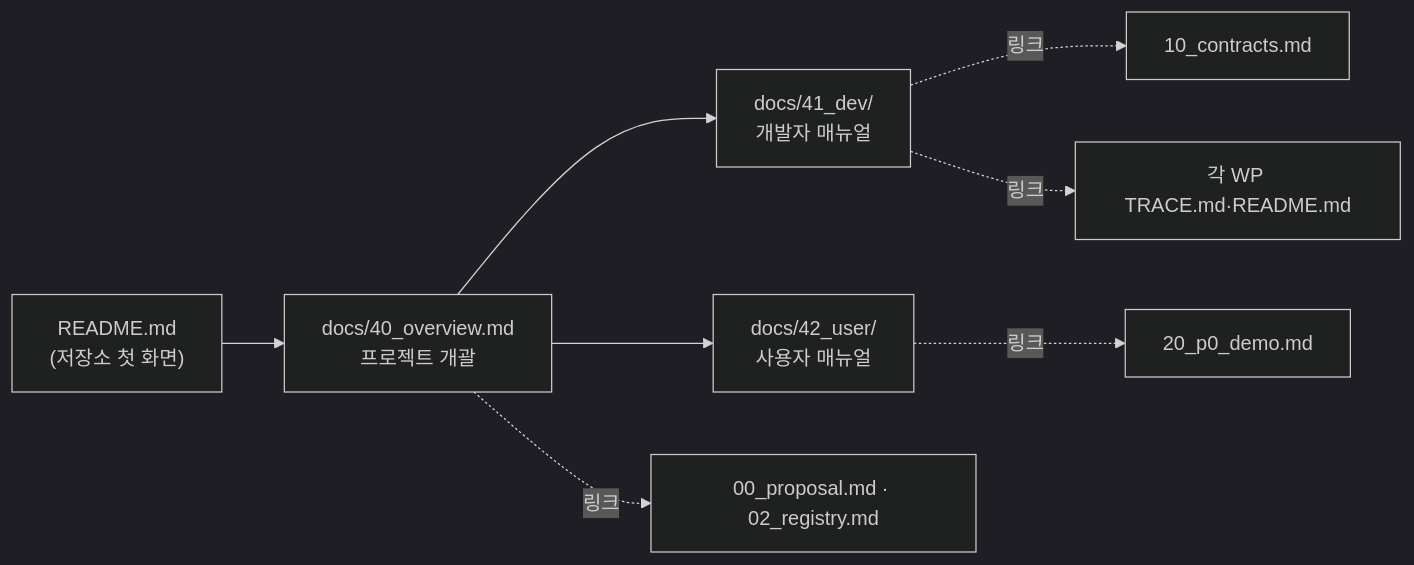
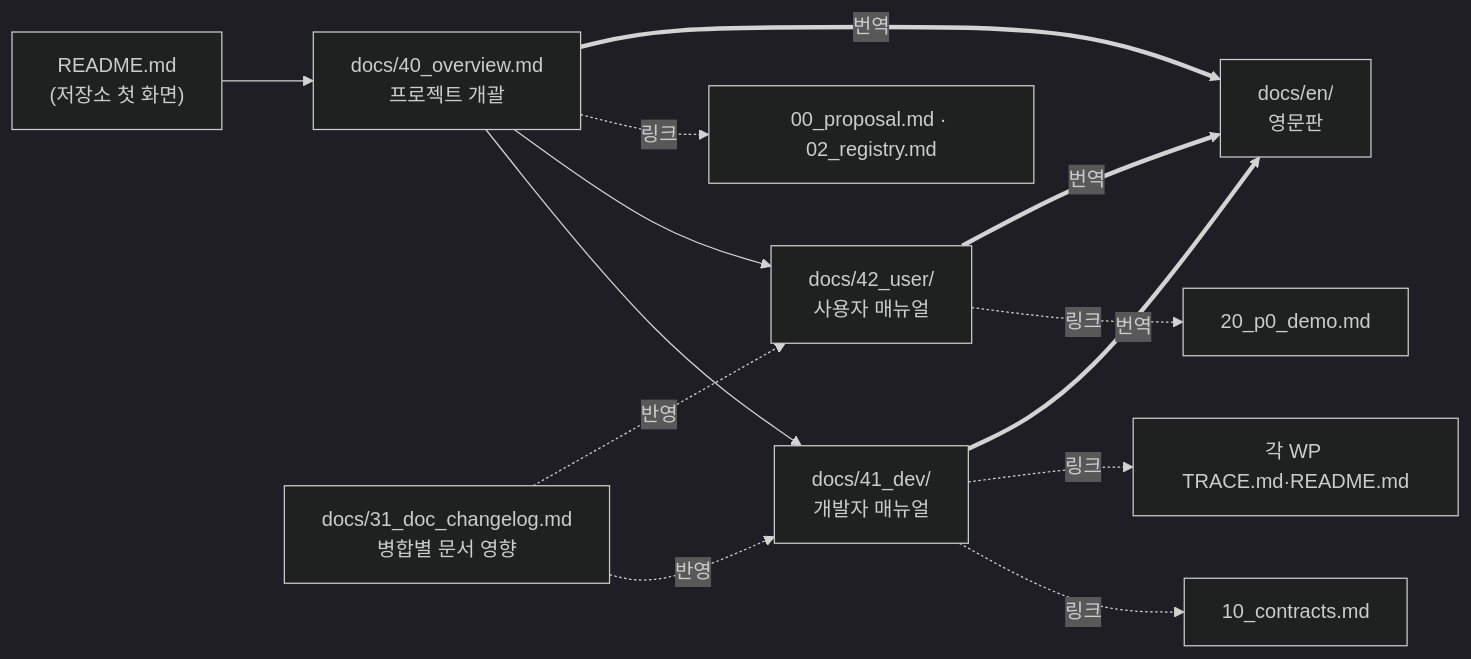
The first of 3 diagrams in docs/30_doc_plan.md (Kimbyung-wook/SwarmFlSim), drawn with Mermaid (dark theme) before and after one commit. The commit also changed other lines of this file and 1 other file, not shown here.

Commit message:
DOC-PLAN: 확인 필요 결정 반영, 문서 변경 기록 추가 (docs/30_doc_plan.md, docs/31_doc_changelog.md)

````diff
--- a/docs/30_doc_plan.md
+++ b/docs/30_doc_plan.md
@@ -21,10 +25,13 @@
 ```mermaid
 flowchart LR
     R["README.md<br/>(저장소 첫 화면)"] --> OV["docs/40_overview.md<br/>프로젝트 개괄"]
     OV --> DEV["docs/41_dev/<br/>개발자 매뉴얼"]
     OV --> USR["docs/42_user/<br/>사용자 매뉴얼"]
     DEV -. 링크 .-> C["10_contracts.md"]
     DEV -. 링크 .-> T["각 WP TRACE.md·README.md"]
     USR -. 링크 .-> D["20_p0_demo.md"]
     OV -. 링크 .-> P["00_proposal.md · 02_registry.md"]
+    OV & DEV & USR == "번역" ==> EN["docs/en/<br/>영문판"]
+    CL["docs/31_doc_changelog.md<br/>병합별 문서 영향"] -. 반영 .-> DEV
+    CL -. 반영 .-> USR
 ```
````
